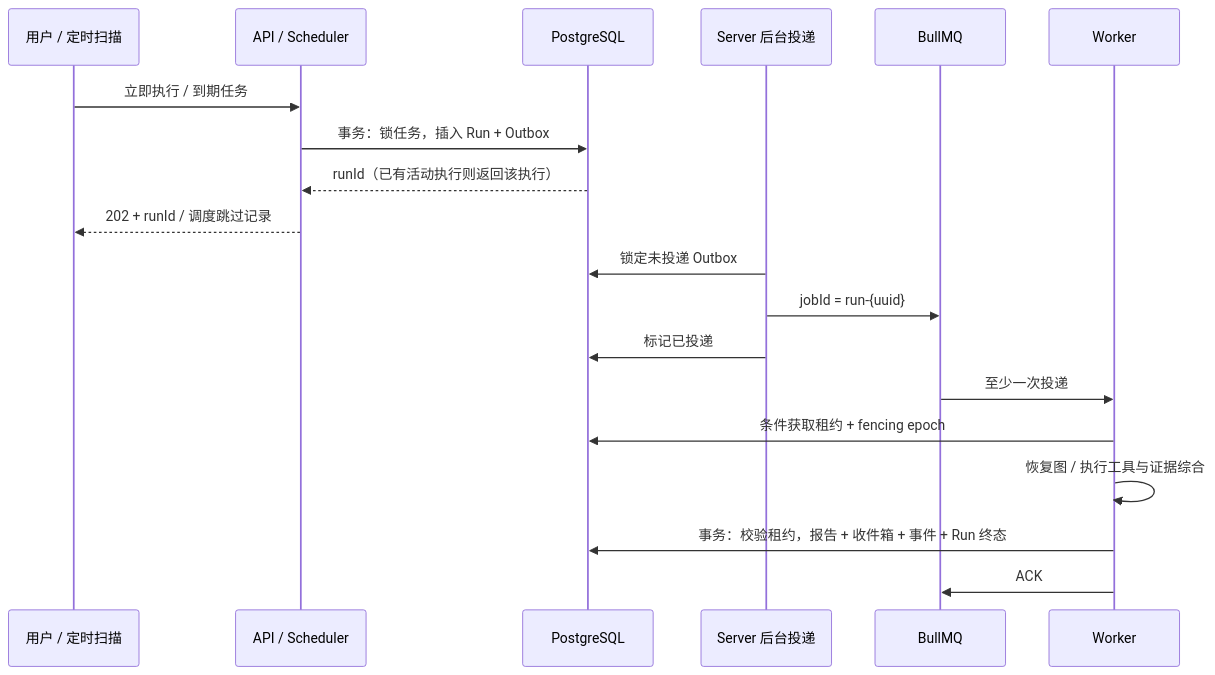
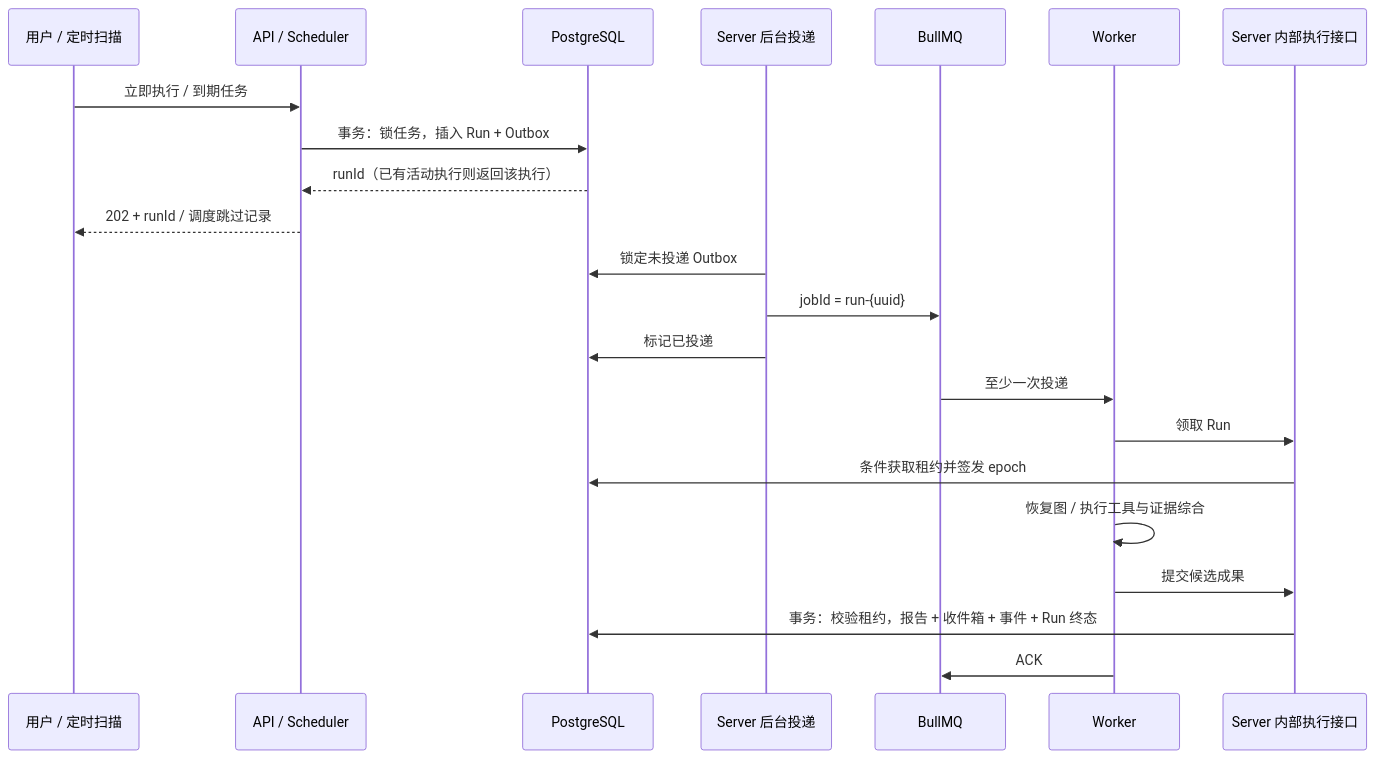
One commit to abcde1239/scova changed the second of 3 diagrams in docs/public/reference/architecture.md. Above: the diagram before and after it, drawn with Mermaid. The commit also changed other lines of this file and 223 other files, not shown here.

````diff
--- a/docs/public/reference/architecture.md
+++ b/docs/public/reference/architecture.md
@@ -87,21 +90,24 @@
 ```mermaid
 sequenceDiagram
   participant UI as 用户 / 定时扫描
   participant API as API / Scheduler
   participant DB as PostgreSQL
   participant D as Server 后台投递
   participant Q as BullMQ
   participant W as Worker
+  participant E as Server 内部执行接口
   UI->>API: 立即执行 / 到期任务
   API->>DB: 事务：锁任务，插入 Run + Outbox
   DB-->>API: runId（已有活动执行则返回该执行）
   API-->>UI: 202 + runId / 调度跳过记录
   D->>DB: 锁定未投递 Outbox
   D->>Q: jobId = run-{uuid}
   D->>DB: 标记已投递
   Q->>W: 至少一次投递
-  W->>DB: 条件获取租约 + fencing epoch
+  W->>E: 领取 Run
+  E->>DB: 条件获取租约并签发 epoch
   W->>W: 恢复图 / 执行工具与证据综合
-  W->>DB: 事务：校验租约，报告 + 收件箱 + 事件 + Run 终态
+  W->>E: 提交候选成果
+  E->>DB: 事务：校验租约，报告 + 收件箱 + 事件 + Run 终态
   W->>Q: ACK
 ```
````
